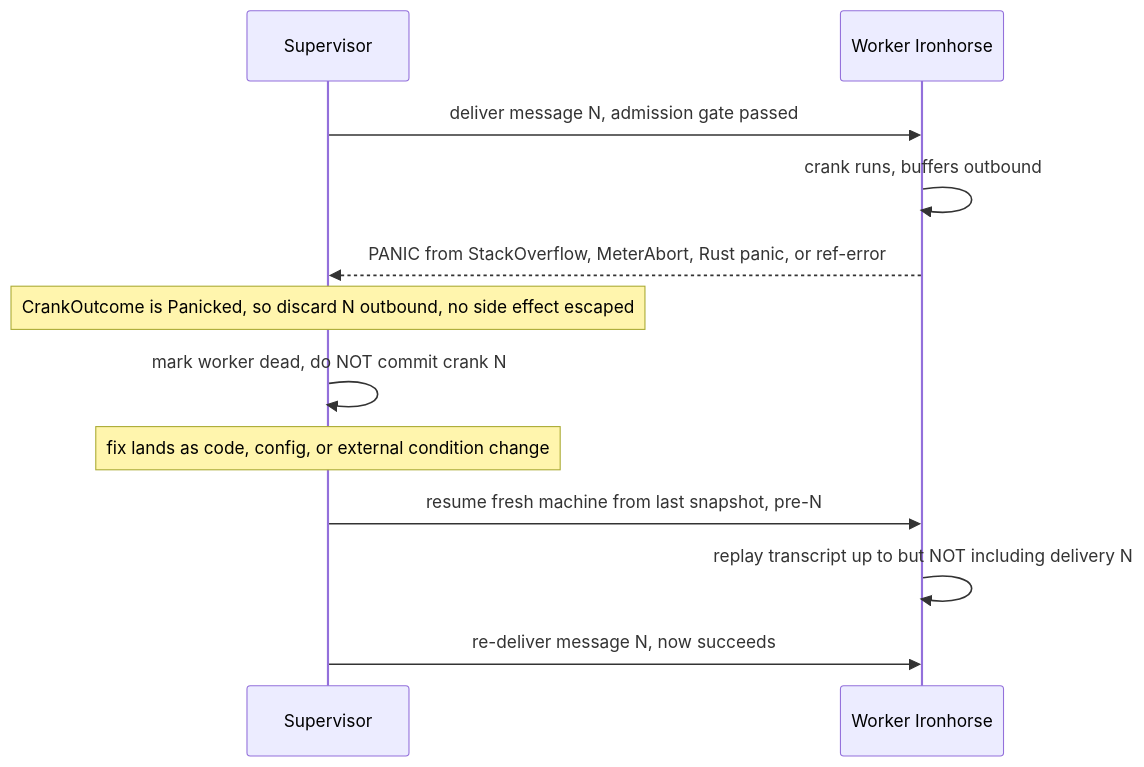
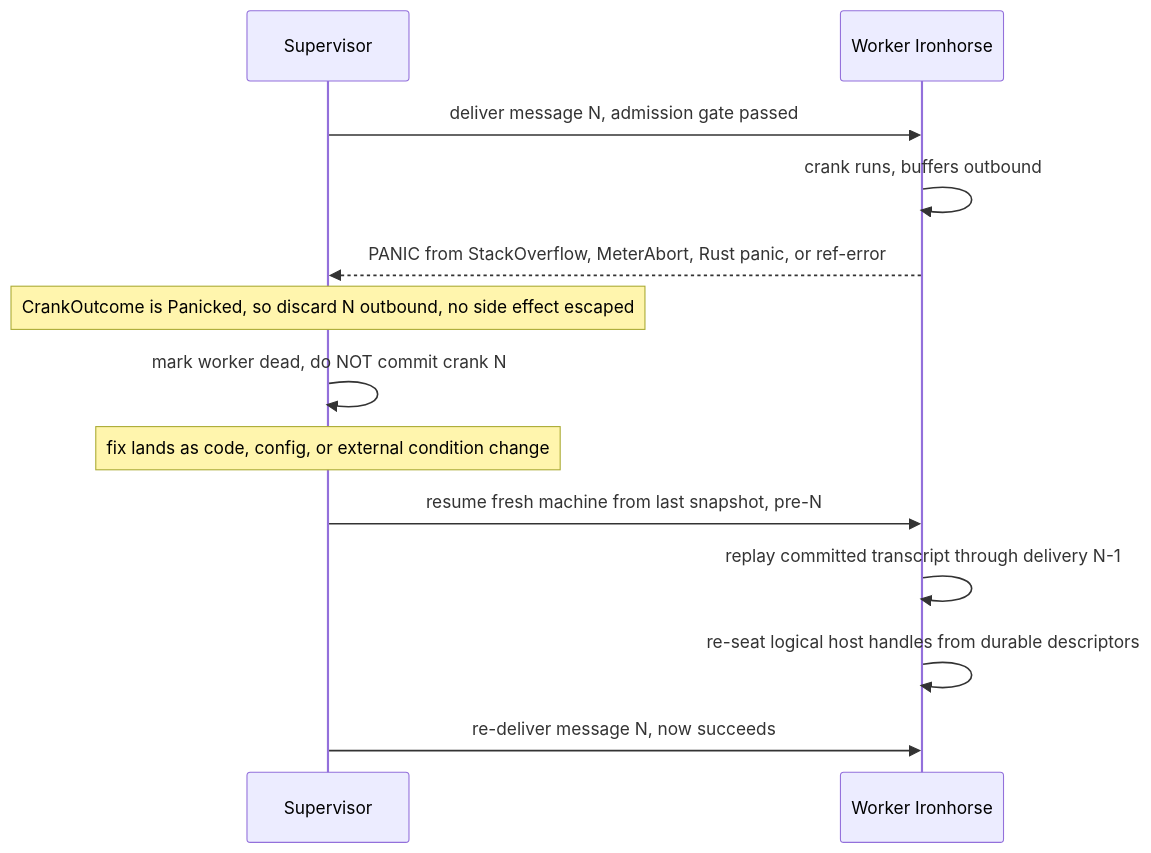
Before and after one commit to endojs/endo-but-for-bots: the second of 2 diagrams in designs/ironhorse-panic.md, drawn with Mermaid. The commit also changed other lines of this file and 1 other file, not shown here.

Commit message:
docs(ironhorse): add per-worker recovery transcript (#1018)

````diff
--- a/designs/ironhorse-panic.md
+++ b/designs/ironhorse-panic.md
@@ -255,14 +313,15 @@
 ```mermaid
 sequenceDiagram
     participant Sup as Supervisor
     participant W as Worker Ironhorse
     Sup->>W: deliver message N, admission gate passed
     W->>W: crank runs, buffers outbound
     W-->>Sup: PANIC from StackOverflow, MeterAbort, Rust panic, or ref-error
     Note over Sup: CrankOutcome is Panicked, so discard N outbound, no side effect escaped
     Sup->>Sup: mark worker dead, do NOT commit crank N
     Note over Sup: fix lands as code, config, or external condition change
     Sup->>W: resume fresh machine from last snapshot, pre-N
-    W->>W: replay transcript up to but NOT including delivery N
+    W->>W: replay committed transcript through delivery N-1
+    W->>W: re-seat logical host handles from durable descriptors
     Sup->>W: re-deliver message N, now succeeds
 ```
````
